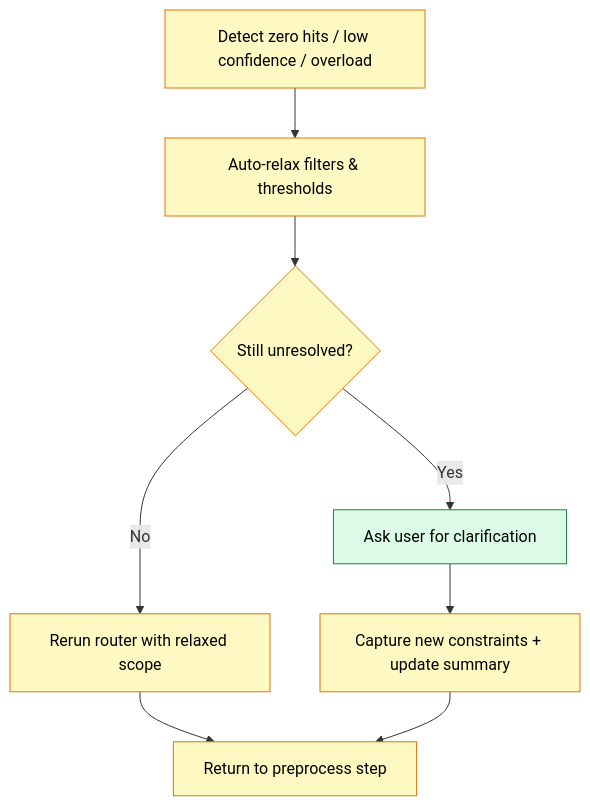
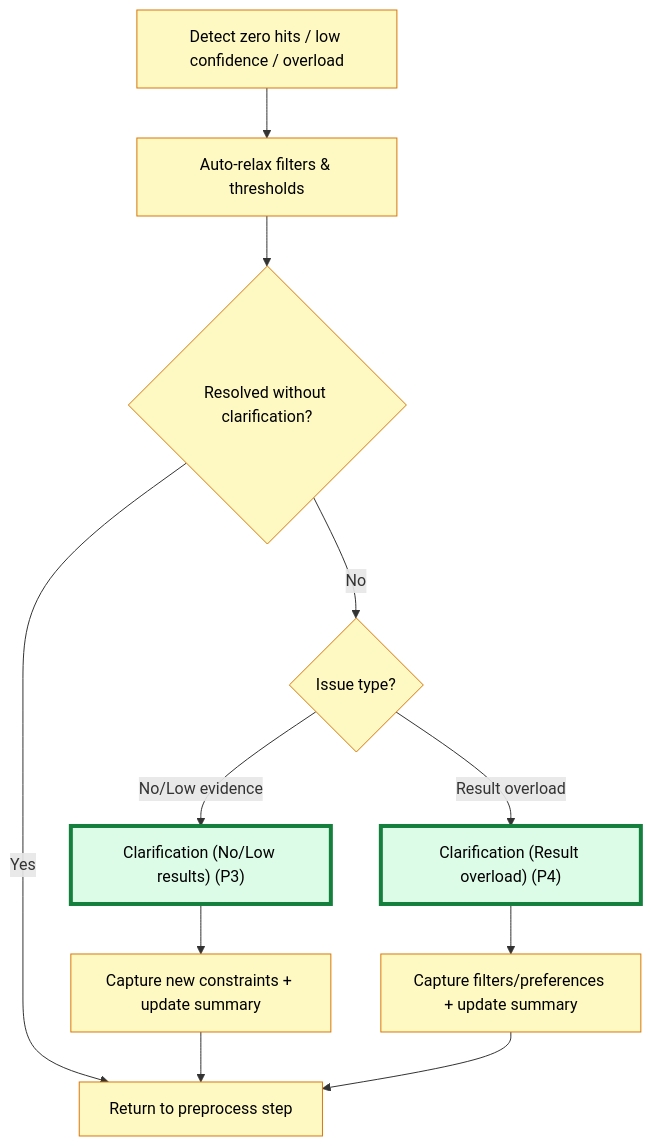
Before and after one commit to nobody-qwert/zzz_rag_xxx: the third of 3 diagrams in docs/architecture/rag_workflow.md, drawn with Mermaid. The commit also changed other lines of this file, not shown here.

Commit message:
Added prompt references and specific clarification paths (needs review)

````diff
--- a/docs/architecture/rag_workflow.md
+++ b/docs/architecture/rag_workflow.md
@@ -127,21 +142,27 @@
 ```mermaid
 flowchart TD
     DETECT[Detect zero hits / low confidence / overload]
     DETECT --> AUTORELAX[Auto-relax filters & thresholds]
-    AUTORELAX --> RETRY{Still unresolved?}
+    AUTORELAX --> CHECK{Resolved without clarification?}
 
-    RETRY -->|No| RERUN[Rerun router with relaxed scope]
-    RERUN --> PREPROCESS[Return to preprocess step]
+    CHECK -->|Yes| PREPROCESS[Return to preprocess step]
+    CHECK -->|No| ISSUE{Issue type?}
+    ISSUE -->|No/Low evidence| ASK_LOW["Clarification (No/Low results) (P3)"]
+    ISSUE -->|Result overload| ASK_OVER["Clarification (Result overload) (P4)"]
 
-    RETRY -->|Yes| ASK[Ask user for clarification]
-    ASK --> CAPTURE[Capture new constraints + update summary]
-    CAPTURE --> PREPROCESS
+    ASK_LOW --> CAPTURE_LOW[Capture new constraints + update summary]
+    ASK_OVER --> CAPTURE_OVER[Capture filters/preferences + update summary]
+
+    CAPTURE_LOW --> PREPROCESS
+    CAPTURE_OVER --> PREPROCESS
 
     style DETECT fill:#fef9c3,stroke:#d97706,color:#000
     style AUTORELAX fill:#fef9c3,stroke:#d97706,color:#000
-    style RETRY fill:#fef9c3,stroke:#d97706,color:#000
-    style RERUN fill:#fef9c3,stroke:#d97706,color:#000
+    style CHECK fill:#fef9c3,stroke:#d97706,color:#000
+    style ISSUE fill:#fef9c3,stroke:#d97706,color:#000
+    style ASK_LOW fill:#dcfce7,stroke:#15803d,color:#000,stroke-width:4px
+    style ASK_OVER fill:#dcfce7,stroke:#15803d,color:#000,stroke-width:4px
+    style CAPTURE_LOW fill:#fef9c3,stroke:#d97706,color:#000
+    style CAPTURE_OVER fill:#fef9c3,stroke:#d97706,color:#000
     style PREPROCESS fill:#fef9c3,stroke:#d97706,color:#000
-    style ASK fill:#dcfce7,stroke:#15803d,color:#000
-    style CAPTURE fill:#fef9c3,stroke:#d97706,color:#000
 ```
````
